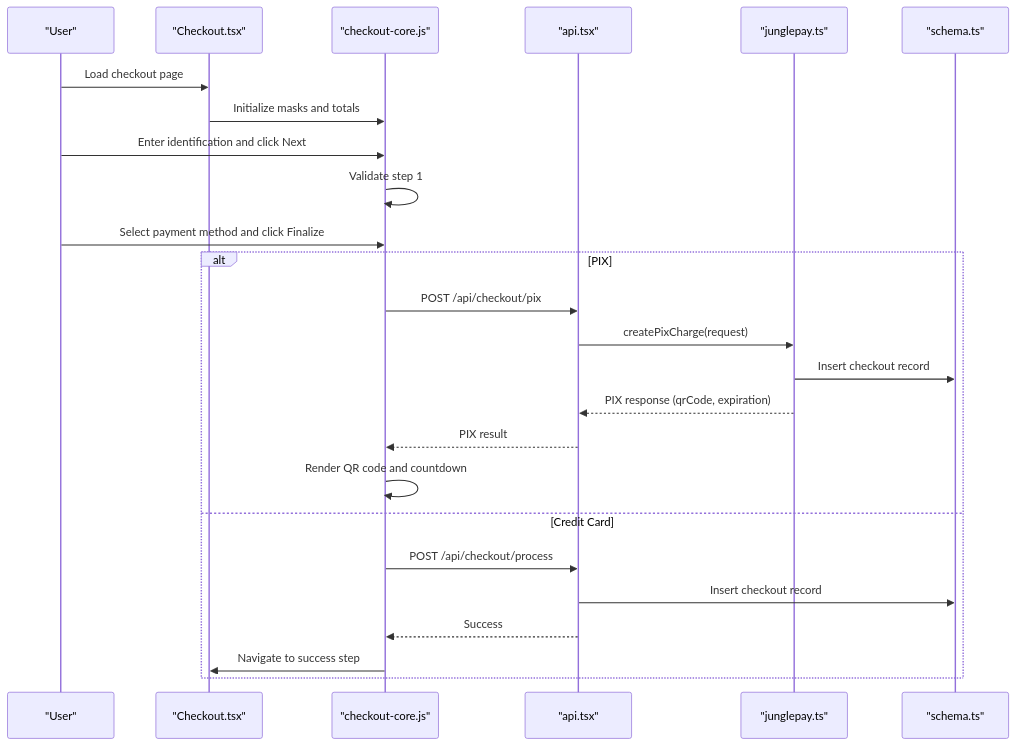
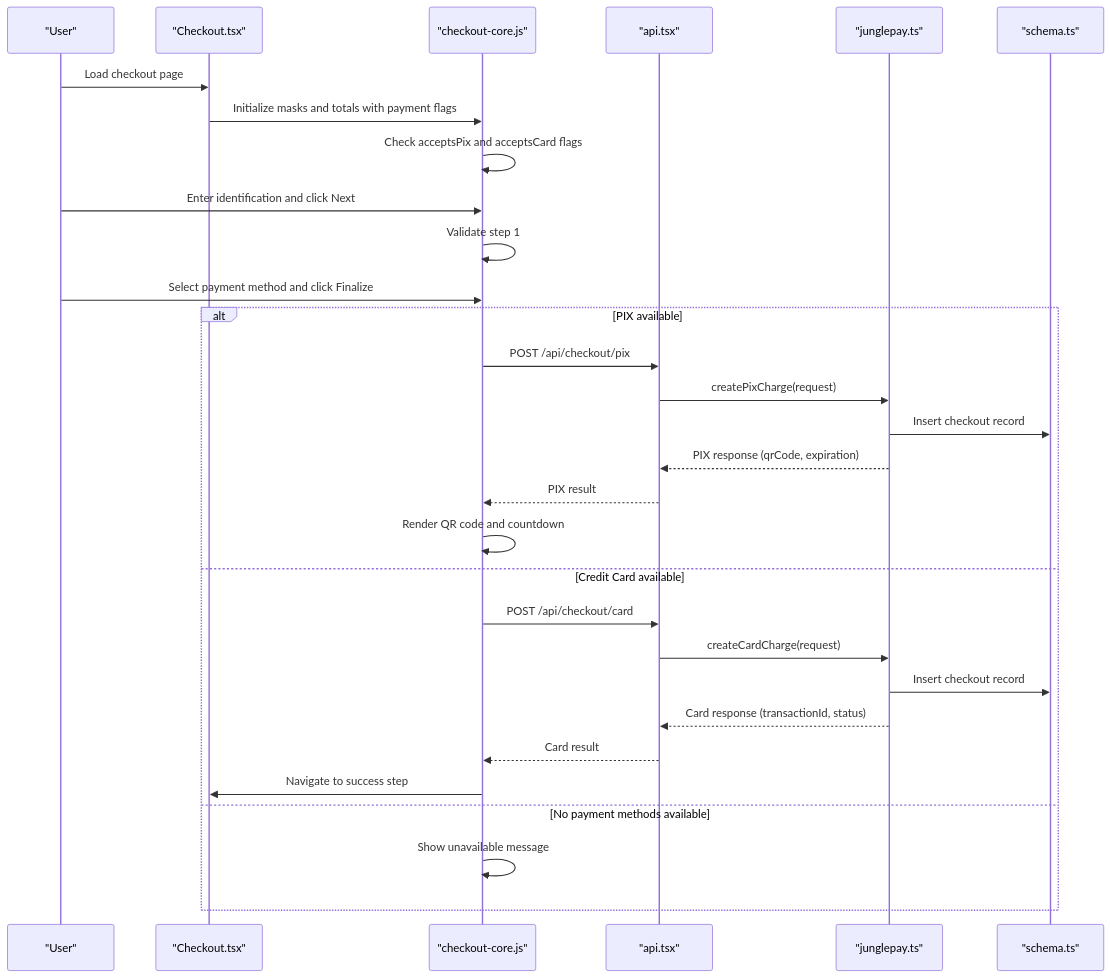
Before and after one commit to eromedrive2tb-gif/Avitrine: the second of 8 diagrams in .qoder/repowiki/en/content/Payment Processing System/Payment Methods & Workflows.md, drawn with Mermaid. The commit also changed other lines of this file and 18 other files, not shown here.

````diff
--- a/.qoder/repowiki/en/content/Payment Processing System/Payment Methods & Workflows.md
+++ b/.qoder/repowiki/en/content/Payment Processing System/Payment Methods & Workflows.md
@@ -118,27 +127,32 @@
 ```mermaid
 sequenceDiagram
 participant U as "User"
 participant Page as "Checkout.tsx"
 participant Core as "checkout-core.js"
 participant API as "api.tsx"
 participant Service as "junglepay.ts"
 participant DB as "schema.ts"
 U->>Page : Load checkout page
-Page->>Core : Initialize masks and totals
+Page->>Core : Initialize masks and totals with payment flags
+Core->>Core : Check acceptsPix and acceptsCard flags
 U->>Core : Enter identification and click Next
 Core->>Core : Validate step 1
 U->>Core : Select payment method and click Finalize
-alt PIX
+alt PIX available
 Core->>API : POST /api/checkout/pix
 API->>Service : createPixCharge(request)
 Service->>DB : Insert checkout record
 Service-->>API : PIX response (qrCode, expiration)
 API-->>Core : PIX result
 Core->>Core : Render QR code and countdown
-else Credit Card
-Core->>API : POST /api/checkout/process
-API->>DB : Insert checkout record
-API-->>Core : Success
+else Credit Card available
+Core->>API : POST /api/checkout/card
+API->>Service : createCardCharge(request)
+Service->>DB : Insert checkout record
+Service-->>API : Card response (transactionId, status)
+API-->>Core : Card result
 Core->>Page : Navigate to success step
+else No payment methods available
+Core->>Core : Show unavailable message
 end
 ```
````
